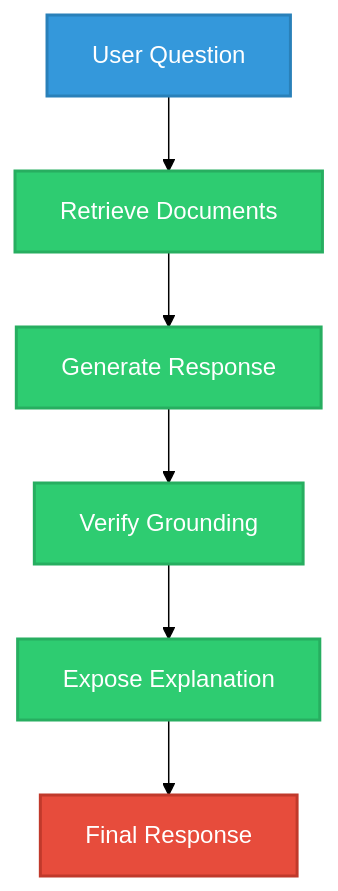
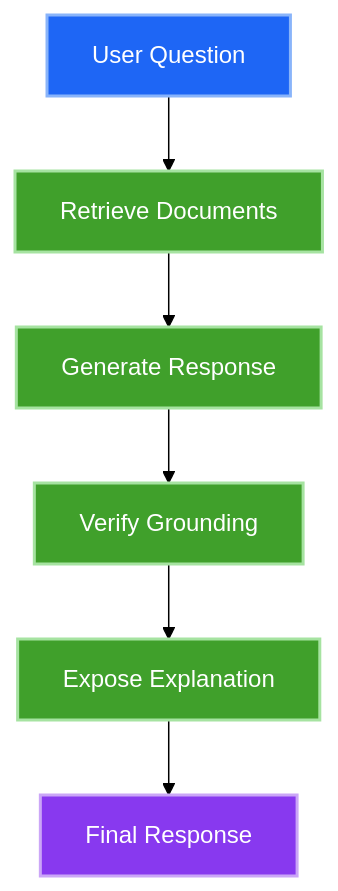
The first of 4 diagrams in README.md (himanshu-jadhav108/AgentFlow-AI), drawn with Mermaid (forest theme) before and after one commit. The commit also changed other lines of this file and 23 other files, not shown here.

Commit message:
docs: remove docs links, untrack docs folder, and apply Catppuccin color theme to Mermaid diagrams

````diff
--- a/README.md
+++ b/README.md
@@ -31,12 +31,12 @@
 ```mermaid
 graph TD;
-    classDef startClass fill:#3498db,stroke:#2980b9,stroke-width:2px,color:#fff;
-    classDef processClass fill:#2ecc71,stroke:#27ae60,stroke-width:2px,color:#fff;
-    classDef endClass fill:#e74c3c,stroke:#c0392b,stroke-width:2px,color:#fff;
+    classDef styleStart fill:#1E66F5,stroke:#89B4FA,stroke-width:2px,color:#FFFFFF;
+    classDef styleProcess fill:#40A02B,stroke:#A6E3A1,stroke-width:2px,color:#FFFFFF;
+    classDef styleEnd fill:#8839EF,stroke:#CBA6F7,stroke-width:2px,color:#FFFFFF;
 
-    Q[User Question]:::startClass --> R[Retrieve Documents]:::processClass;
-    R --> G[Generate Response]:::processClass;
-    G --> V[Verify Grounding]:::processClass;
-    V --> E[Expose Explanation]:::processClass;
-    E --> Ans[Final Response]:::endClass;
+    Q[User Question]:::styleStart --> R[Retrieve Documents]:::styleProcess;
+    R --> G[Generate Response]:::styleProcess;
+    G --> V[Verify Grounding]:::styleProcess;
+    V --> E[Expose Explanation]:::styleProcess;
+    E --> Ans[Final Response]:::styleEnd;
 ```
````
